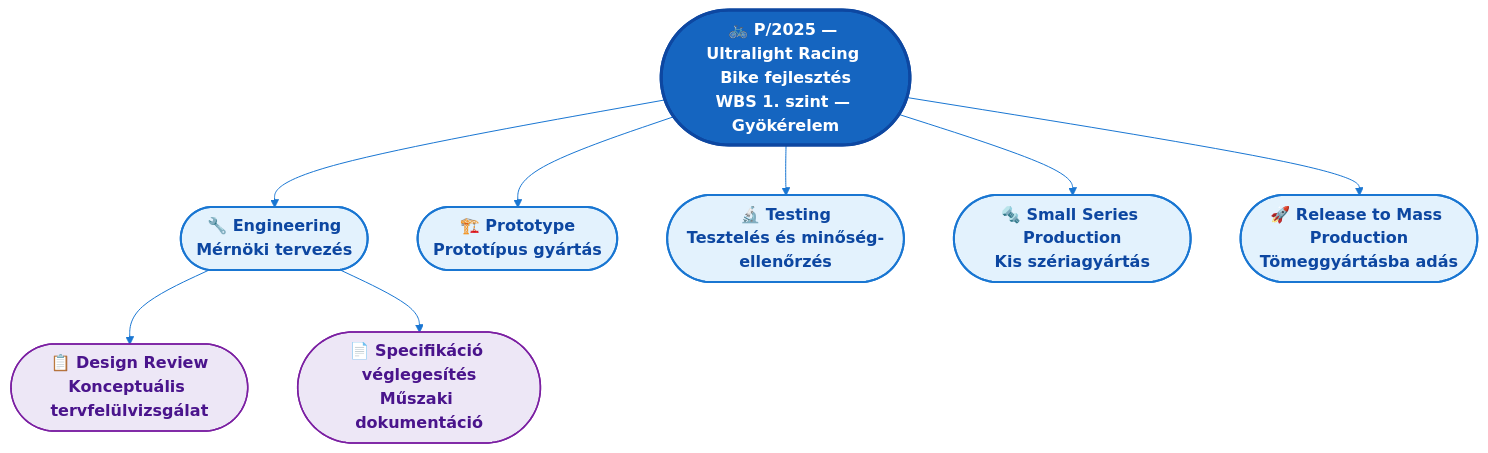
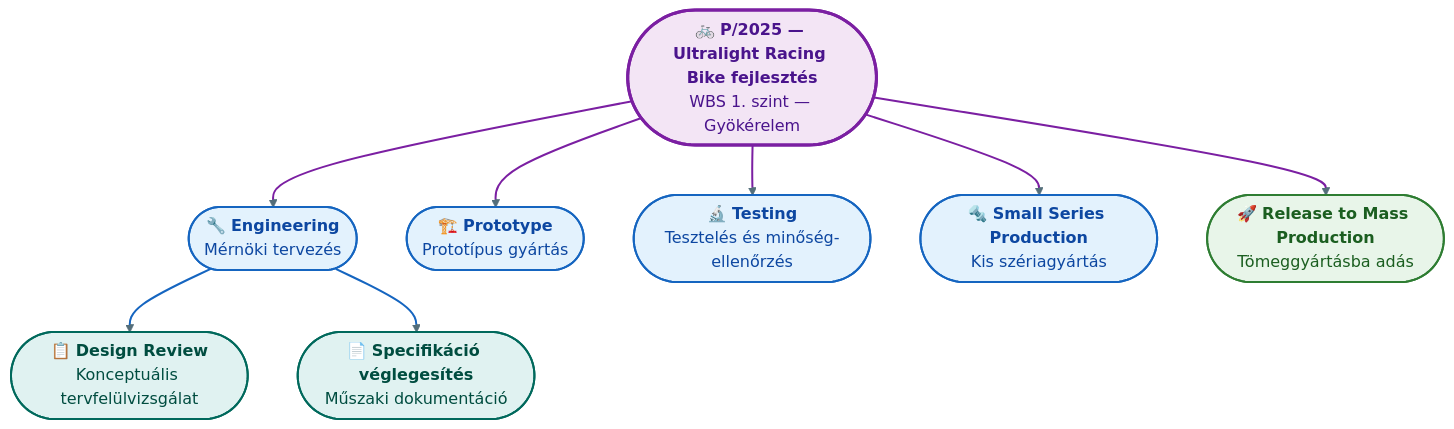
One commit to denespocsik/MM_BSC_Zarovizsga changed the first of 4 diagrams in Tételek/V15-GMXIV2MBLF-ERP projektmenedzsment és üzemeltetés.tétel.md. Above: the diagram before and after it, drawn with Mermaid. The commit also changed other lines of this file and 34 other files, not shown here.

First line of the commit message:
style(tételek): egységes vizuális arculat a Mermaid-diagramokhoz

````diff
--- a/Tételek/V15-GMXIV2MBLF-ERP projektmenedzsment és üzemeltetés.tétel.md
+++ b/Tételek/V15-GMXIV2MBLF-ERP projektmenedzsment és üzemeltetés.tétel.md
@@ -36,24 +36,28 @@
 ```mermaid
-%%{init: {'theme': 'base', 'themeVariables': {'primaryColor': '#E3F2FD', 'primaryBorderColor': '#1565C0', 'lineColor': '#1976D2'}}}%%
 flowchart TD
-    classDef root  fill:#1565C0,stroke:#0D47A1,stroke-width:3px,color:#fff,font-weight:bold
-    classDef phase fill:#E3F2FD,stroke:#1976D2,stroke-width:2px,color:#0D47A1,font-weight:bold
-    classDef task  fill:#EDE7F6,stroke:#7B1FA2,stroke-width:1.5px,color:#4A148C
-
-    ROOT(["🚲 P/2025 — Ultralight Racing Bike fejlesztés\nWBS 1. szint — Gyökérelem"]):::root
-    ENG(["🔧 Engineering\nMérnöki tervezés"]):::phase
-    PROTO(["🏗️ Prototype\nPrototípus gyártás"]):::phase
-    TEST(["🔬 Testing\nTesztelés és minőség-ellenőrzés"]):::phase
-    SMALL(["🔩 Small Series Production\nKis szériagyártás"]):::phase
-    RELEASE(["🚀 Release to Mass Production\nTömeggyártásba adás"]):::phase
-    DR(["📋 Design Review\nKonceptuális tervfelülvizsgálat"]):::task
-    SPEC(["📄 Specifikáció véglegesítés\nMűszaki dokumentáció"]):::task
+    ROOT(["🚲 <b>P/2025 — Ultralight Racing Bike fejlesztés</b><br/>WBS 1. szint — Gyökérelem"]):::lilaH
+    ENG(["🔧 <b>Engineering</b><br/>Mérnöki tervezés"]):::kek
+    PROTO(["🏗️ <b>Prototype</b><br/>Prototípus gyártás"]):::kek
+    TEST(["🔬 <b>Testing</b><br/>Tesztelés és minőség-ellenőrzés"]):::kek
+    SMALL(["🔩 <b>Small Series Production</b><br/>Kis szériagyártás"]):::kek
+    RELEASE(["🚀 <b>Release to Mass Production</b><br/>Tömeggyártásba adás"]):::zold
+    DR(["📋 <b>Design Review</b><br/>Konceptuális tervfelülvizsgálat"]):::turkiz
+    SPEC(["📄 <b>Specifikáció véglegesítés</b><br/>Műszaki dokumentáció"]):::turkiz
 
     ROOT --> ENG
     ROOT --> PROTO
     ROOT --> TEST
     ROOT --> SMALL
     ROOT --> RELEASE
     ENG --> DR
     ENG --> SPEC
+
+    classDef kek    fill:#e3f2fd,stroke:#1565c0,stroke-width:2px,color:#0d47a1,rx:10,ry:10;
+    classDef zold   fill:#e8f5e9,stroke:#2e7d32,stroke-width:2px,color:#1b5e20,rx:10,ry:10;
+    classDef lilaH  fill:#f3e5f5,stroke:#7b1fa2,stroke-width:3px,color:#4a148c,rx:10,ry:10;
+    classDef turkiz fill:#e0f2f1,stroke:#00695c,stroke-width:2px,color:#004d40,rx:10,ry:10;
+
+    linkStyle default stroke:#546e7a,stroke-width:2px;
+    linkStyle 0,1,2,3,4 stroke:#7b1fa2,stroke-width:2px;
+    linkStyle 5,6 stroke:#1565c0,stroke-width:2px;
 ```
````
